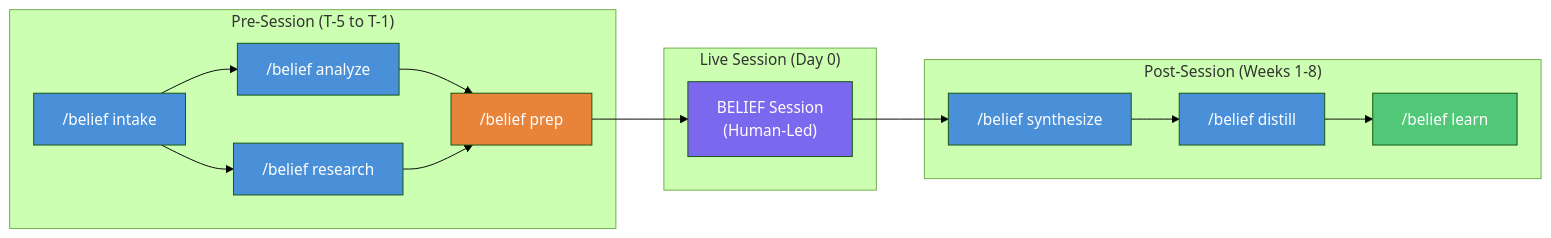
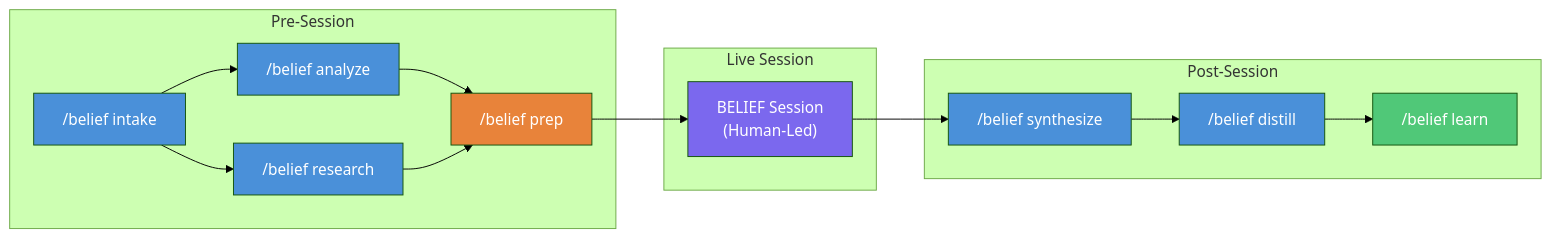
One commit to TheMikeFactoryMustGrow/belief-plugin changed the first of 4 diagrams in docs/BELIEF-FLOW.md. Above: the diagram before and after it, drawn with Mermaid (forest theme). The commit also changed other lines of this file, not shown here.

First line of the commit message:
Remove timing references from flowchart, use sequence instead

````diff
--- a/docs/BELIEF-FLOW.md
+++ b/docs/BELIEF-FLOW.md
@@ -5,37 +5,37 @@
 ```mermaid
 flowchart LR
-    subgraph PRE["Pre-Session (T-5 to T-1)"]
+    subgraph PRE["Pre-Session"]
         intake["/belief intake"]
         analyze["/belief analyze"]
         research["/belief research"]
         prep["/belief prep"]
     end
 
-    subgraph SESSION["Live Session (Day 0)"]
+    subgraph SESSION["Live Session"]
         live["BELIEF Session\n(Human-Led)"]
     end
 
-    subgraph POST["Post-Session (Weeks 1-8)"]
+    subgraph POST["Post-Session"]
         synthesize["/belief synthesize"]
         distill["/belief distill"]
         learn["/belief learn"]
     end
 
     intake --> analyze
     intake --> research
     analyze --> prep
     research --> prep
     prep --> live
     live --> synthesize
     synthesize --> distill
     distill --> learn
 
     style intake fill:#4A90D9,color:#fff
     style analyze fill:#4A90D9,color:#fff
     style research fill:#4A90D9,color:#fff
     style prep fill:#E8833A,color:#fff
     style live fill:#7B68EE,color:#fff
     style synthesize fill:#4A90D9,color:#fff
     style distill fill:#4A90D9,color:#fff
     style learn fill:#50C878,color:#fff
 ```
````
